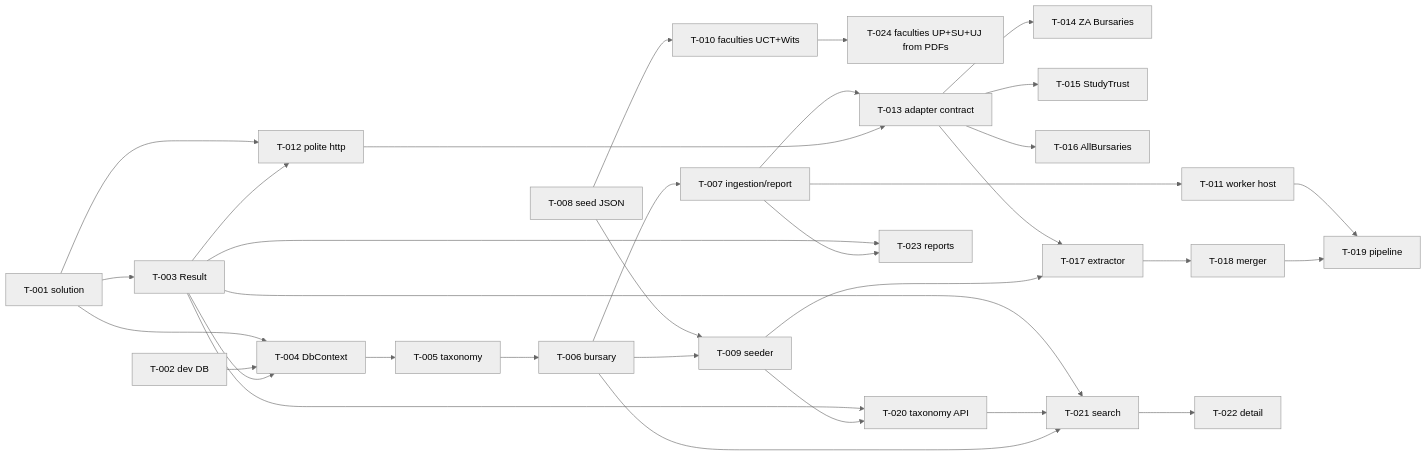
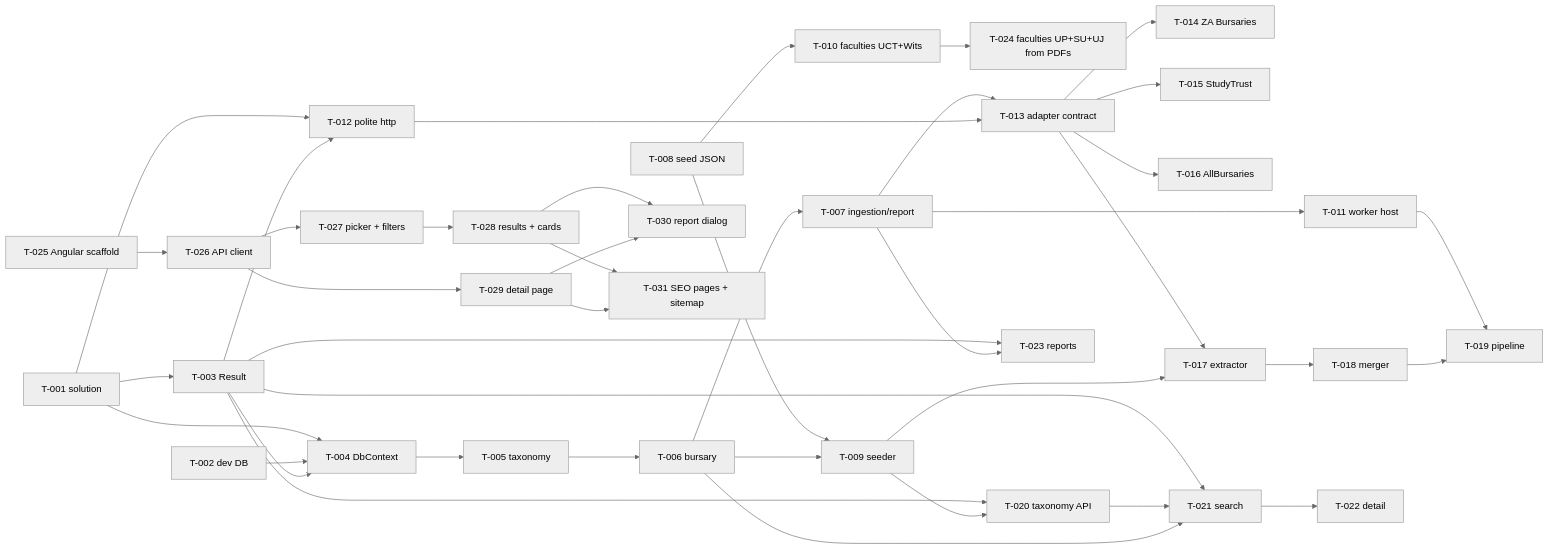
The diagram in tasks/README.md (cssedi/getabursary), drawn with Mermaid (neutral theme) before and after one commit. The commit also changed other lines of this file and 9 other files, not shown here.

````diff
--- a/tasks/README.md
+++ b/tasks/README.md
@@ -27,35 +27,43 @@
 ```mermaid
 graph LR
   T001[T-001 solution] --> T003[T-003 Result]
   T001 --> T004[T-004 DbContext]
   T002[T-002 dev DB] --> T004
   T003 --> T004
   T004 --> T005[T-005 taxonomy]
   T005 --> T006[T-006 bursary]
   T006 --> T007[T-007 ingestion/report]
   T008[T-008 seed JSON] --> T009[T-009 seeder]
   T006 --> T009
   T008 --> T010[T-010 faculties UCT+Wits]
   T010 --> T024[T-024 faculties UP+SU+UJ from PDFs]
   T007 --> T011[T-011 worker host]
   T001 --> T012[T-012 polite http]
   T003 --> T012
   T007 --> T013[T-013 adapter contract]
   T012 --> T013
   T013 --> T014[T-014 ZA Bursaries]
   T013 --> T015[T-015 StudyTrust]
   T013 --> T016[T-016 AllBursaries]
   T013 --> T017[T-017 extractor]
   T009 --> T017
   T017 --> T018[T-018 merger]
   T011 --> T019[T-019 pipeline]
   T018 --> T019
   T003 --> T020[T-020 taxonomy API]
   T009 --> T020
   T003 --> T021[T-021 search]
   T020 --> T021
   T006 --> T021
   T021 --> T022[T-022 detail]
   T003 --> T023[T-023 reports]
   T007 --> T023
+  T025[T-025 Angular scaffold] --> T026[T-026 API client]
+  T026 --> T027[T-027 picker + filters]
+  T027 --> T028[T-028 results + cards]
+  T026 --> T029[T-029 detail page]
+  T028 --> T030[T-030 report dialog]
+  T029 --> T030
+  T028 --> T031[T-031 SEO pages + sitemap]
+  T029 --> T031
 ```
````
